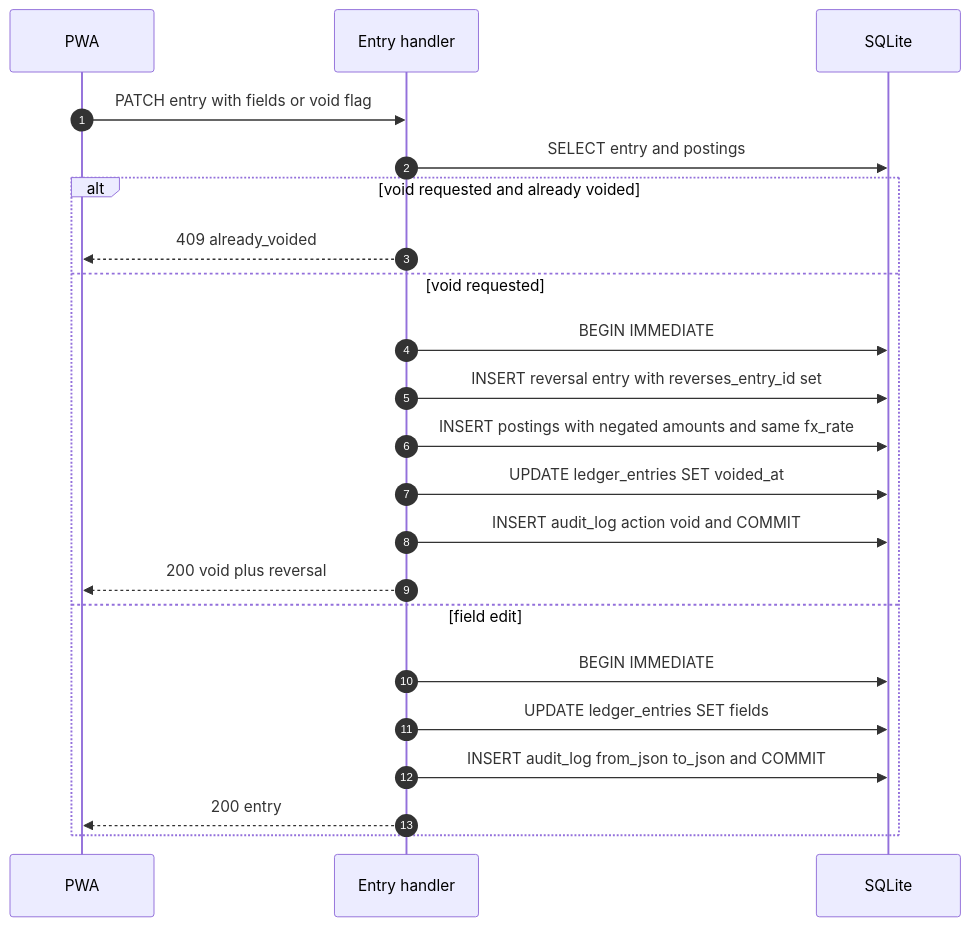
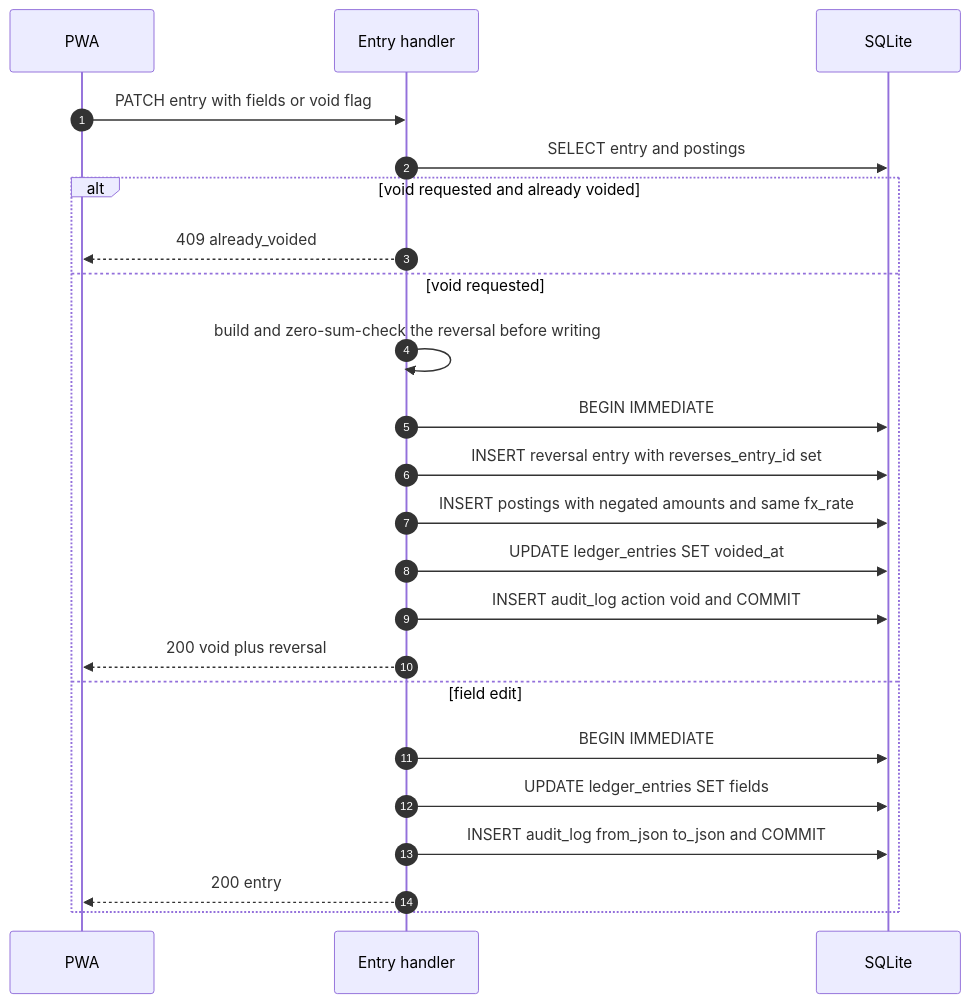
One commit to dimasbaguspm/spenicle changed the tenth of 20 diagrams in docs/v2-api.md. Above: the diagram before and after it, drawn with Mermaid. The commit also changed other lines of this file and 14 other files, not shown here.

````diff
--- a/docs/v2-api.md
+++ b/docs/v2-api.md
@@ -878,24 +879,25 @@
 ```mermaid
 sequenceDiagram
     autonumber
     participant UI as PWA
     participant API as Entry handler
     participant DB as SQLite
     UI->>API: PATCH entry with fields or void flag
     API->>DB: SELECT entry and postings
     alt void requested and already voided
         API-->>UI: 409 already_voided
     else void requested
+        API->>API: build and zero-sum-check the reversal before writing
         API->>DB: BEGIN IMMEDIATE
         API->>DB: INSERT reversal entry with reverses_entry_id set
         API->>DB: INSERT postings with negated amounts and same fx_rate
         API->>DB: UPDATE ledger_entries SET voided_at
         API->>DB: INSERT audit_log action void and COMMIT
         API-->>UI: 200 void plus reversal
     else field edit
         API->>DB: BEGIN IMMEDIATE
         API->>DB: UPDATE ledger_entries SET fields
         API->>DB: INSERT audit_log from_json to_json and COMMIT
         API-->>UI: 200 entry
     end
 ```
````
